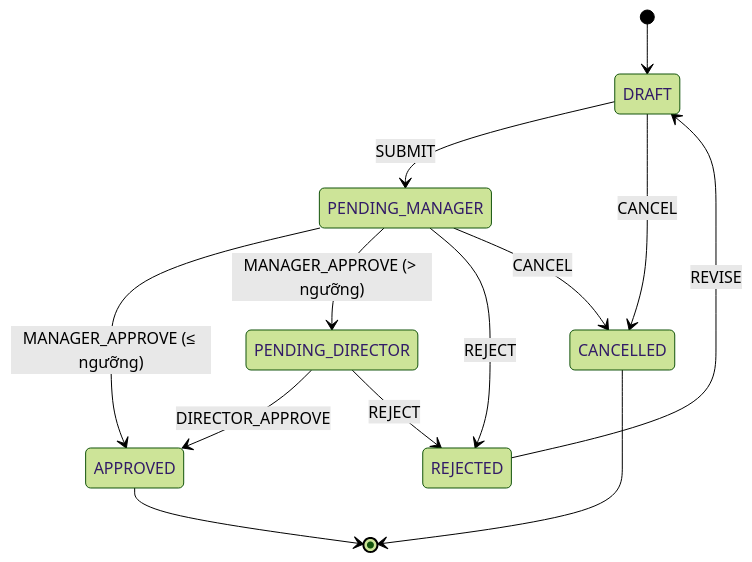
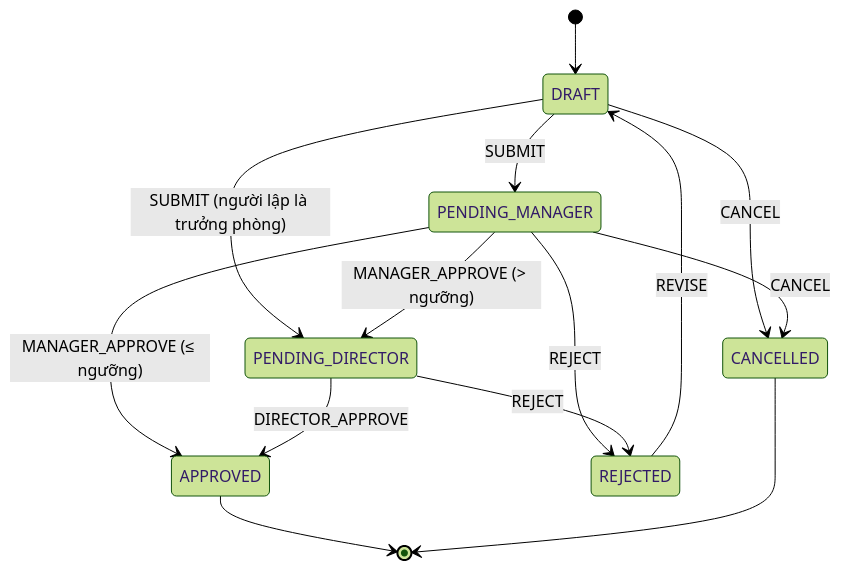
The diagram in template/docs/specs/001-phieu-de-nghi-mua-hang.md (yutobeo2024/Business-webapp-kit), drawn with Mermaid (forest theme) before and after one commit. The commit also changed other lines of this file and 31 other files, not shown here.

````diff
--- a/template/docs/specs/001-phieu-de-nghi-mua-hang.md
+++ b/template/docs/specs/001-phieu-de-nghi-mua-hang.md
@@ -33,15 +34,16 @@
 ```mermaid
 stateDiagram-v2
   [*] --> DRAFT
   DRAFT --> PENDING_MANAGER: SUBMIT
+  DRAFT --> PENDING_DIRECTOR: SUBMIT (người lập là trưởng phòng)
   PENDING_MANAGER --> APPROVED: MANAGER_APPROVE (≤ ngưỡng)
   PENDING_MANAGER --> PENDING_DIRECTOR: MANAGER_APPROVE (> ngưỡng)
   PENDING_DIRECTOR --> APPROVED: DIRECTOR_APPROVE
   PENDING_MANAGER --> REJECTED: REJECT
   PENDING_DIRECTOR --> REJECTED: REJECT
   REJECTED --> DRAFT: REVISE
   DRAFT --> CANCELLED: CANCEL
   PENDING_MANAGER --> CANCELLED: CANCEL
   APPROVED --> [*]
   CANCELLED --> [*]
 ```
````
